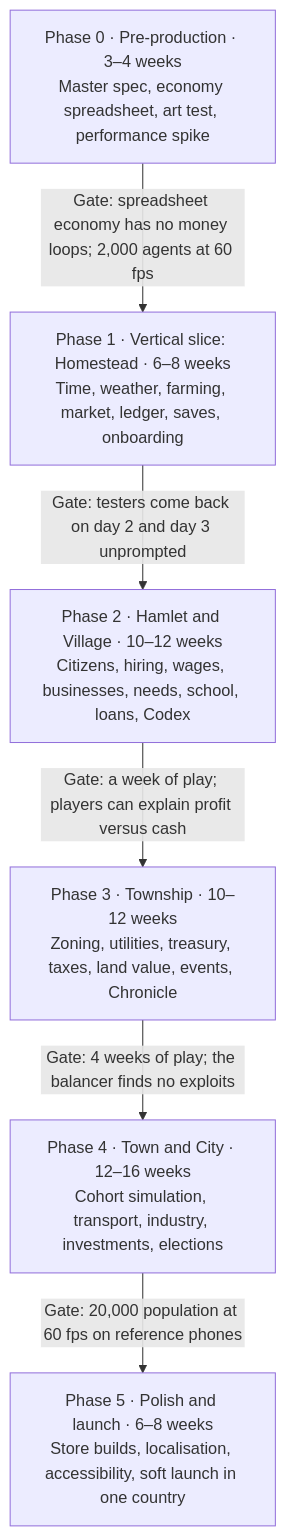
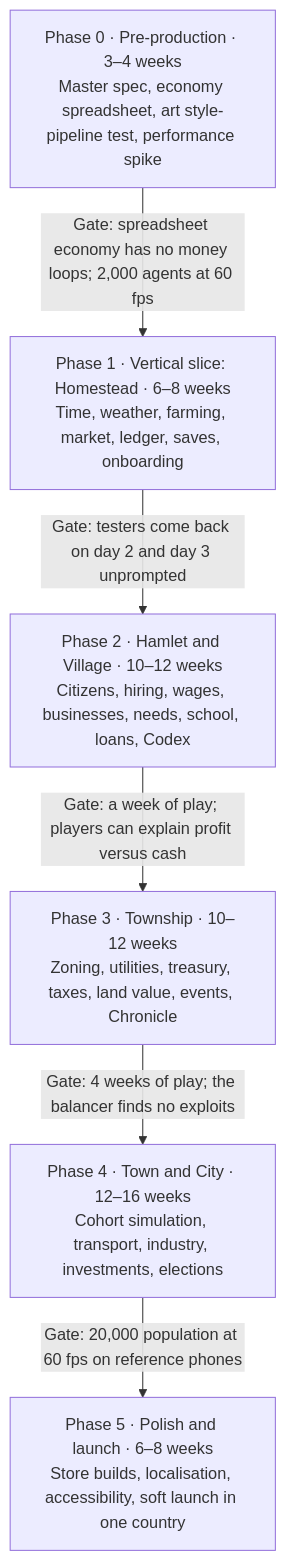
Before and after one commit to patel-keyur-18/farm-to-city: the second of 2 diagrams in docs/GDD.md, drawn with Mermaid. The commit also changed other lines of this file and 1 other file, not shown here.

First line of the commit message:
docs: decide zero-budget art, reviews and personal distribution (ADR 0007)

````diff
--- a/docs/GDD.md
+++ b/docs/GDD.md
@@ -888,15 +889,15 @@
 ```mermaid
 flowchart TB
-    P0["Phase 0 · Pre-production · 3–4 weeks<br/>Master spec, economy spreadsheet, art test, performance spike"]
+    P0["Phase 0 · Pre-production · 3–4 weeks<br/>Master spec, economy spreadsheet, art style-pipeline test, performance spike"]
     P1["Phase 1 · Vertical slice: Homestead · 6–8 weeks<br/>Time, weather, farming, market, ledger, saves, onboarding"]
     P2["Phase 2 · Hamlet and Village · 10–12 weeks<br/>Citizens, hiring, wages, businesses, needs, school, loans, Codex"]
     P3["Phase 3 · Township · 10–12 weeks<br/>Zoning, utilities, treasury, taxes, land value, events, Chronicle"]
     P4["Phase 4 · Town and City · 12–16 weeks<br/>Cohort simulation, transport, industry, investments, elections"]
     P5["Phase 5 · Polish and launch · 6–8 weeks<br/>Store builds, localisation, accessibility, soft launch in one country"]
 
     P0 -->|"Gate: spreadsheet economy has no money loops; 2,000 agents at 60 fps"| P1
     P1 -->|"Gate: testers come back on day 2 and day 3 unprompted"| P2
     P2 -->|"Gate: a week of play; players can explain profit versus cash"| P3
     P3 -->|"Gate: 4 weeks of play; the balancer finds no exploits"| P4
     P4 -->|"Gate: 20,000 population at 60 fps on reference phones"| P5
 ```
````
